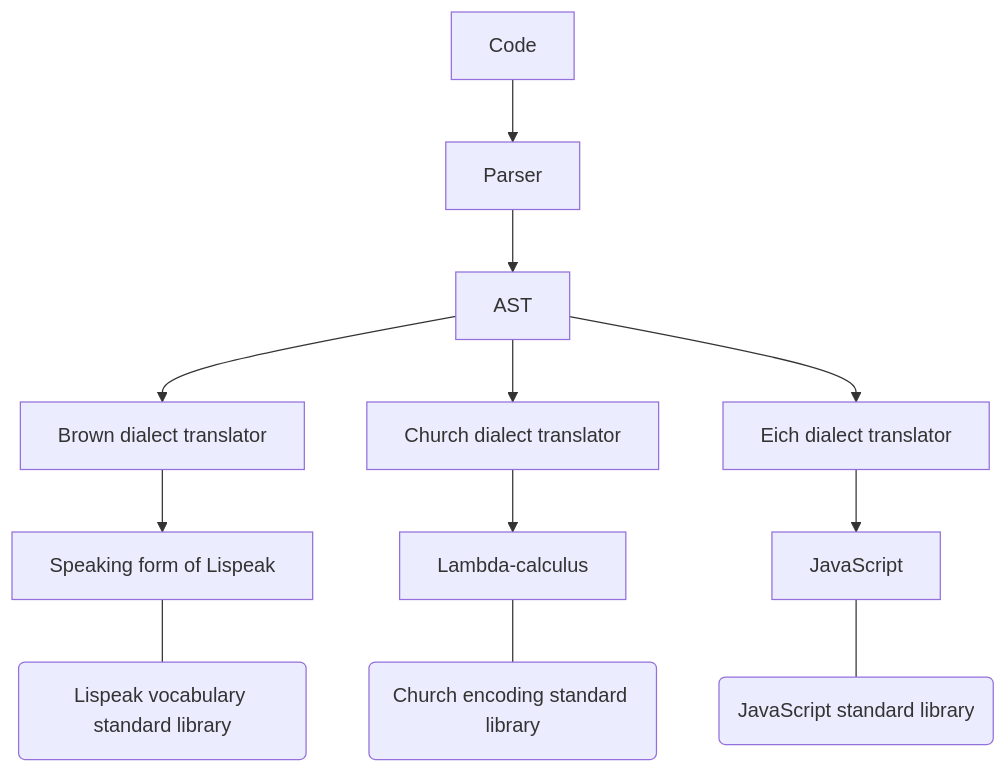
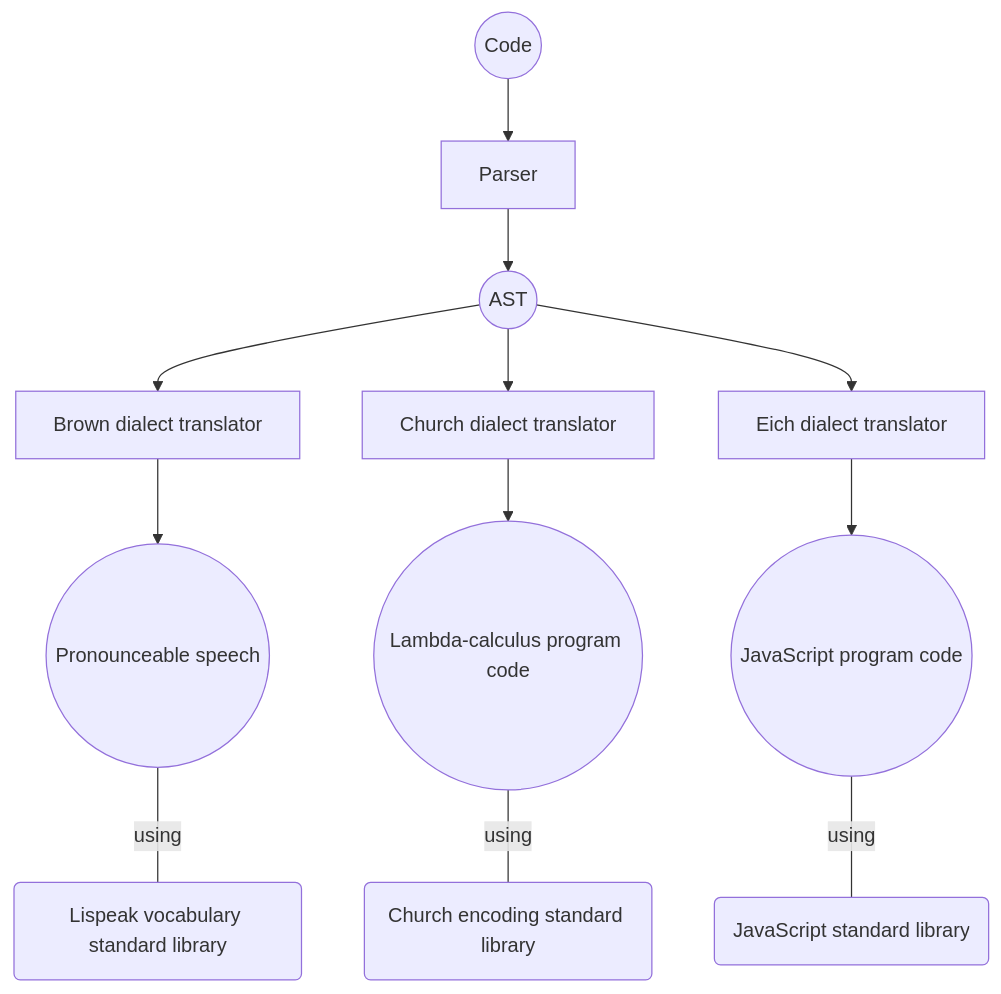
Before and after one commit to lispeak/lispeak: the diagram in README.md, drawn with Mermaid.

````diff
--- a/README.md
+++ b/README.md
@@ -30,14 +30,14 @@
 ```mermaid
 flowchart TD
-    Code[Code] --> Parser[Parser]
-    Parser --> AST[AST]
+    Code((Code)) --> Parser[Parser]
+    Parser --> AST((AST))
     AST --> Brown[Brown dialect translator]
     AST --> Church[Church dialect translator]
     AST --> Eich[Eich dialect translator]
-    Brown --> SpeakingForm[Speaking form of Lispeak]
-    Church --> LambdaCalculus[Lambda-calculus]
-    Eich --> JavaScript[JavaScript]
-    SpeakingForm --- LispeakVocabulary(Lispeak vocabulary standard library)
-    LambdaCalculus --- ChurchEncoding(Church encoding standard library)
-    JavaScript --- JavaScriptStd(JavaScript standard library)
+    Brown --> SpeakingForm((Pronounceable speech))
+    Church --> LambdaCalculus((Lambda-calculus program code))
+    Eich --> JavaScript((JavaScript program code))
+    SpeakingForm ---|using| LispeakVocabulary(Lispeak vocabulary standard library)
+    LambdaCalculus ---|using| ChurchEncoding(Church encoding standard library)
+    JavaScript ---|using| JavaScriptStd(JavaScript standard library)
 ```
````
